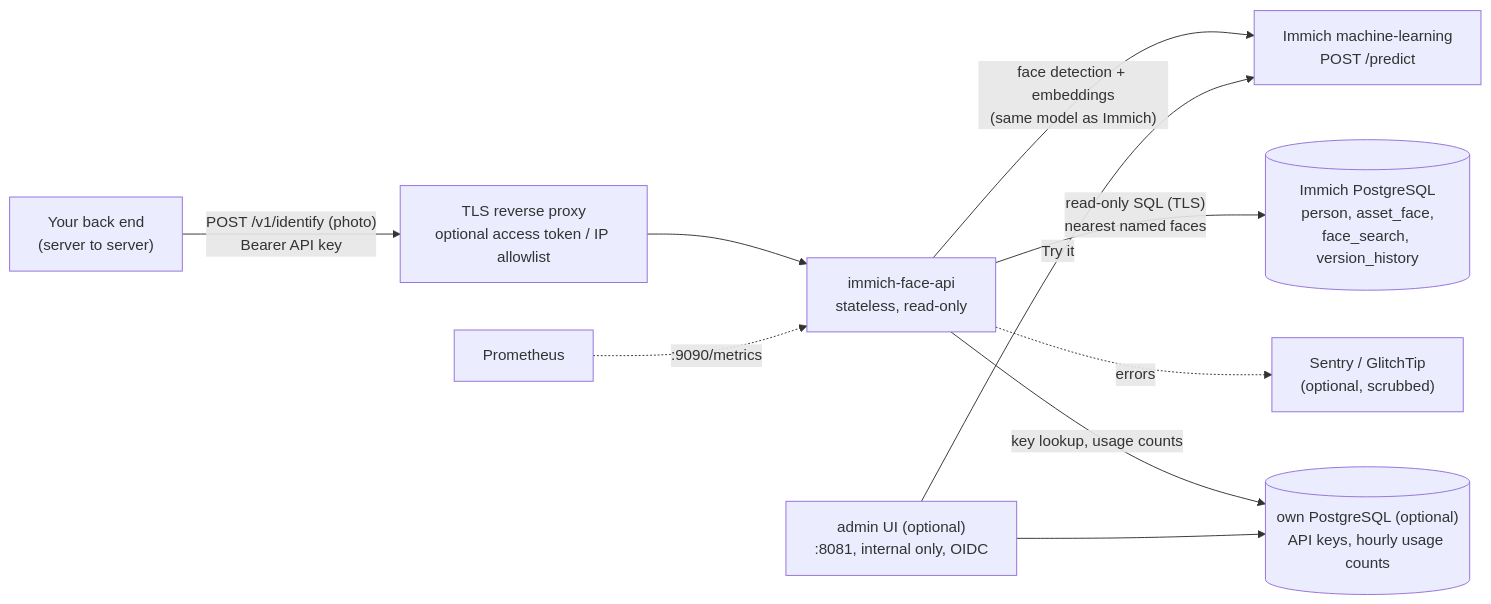
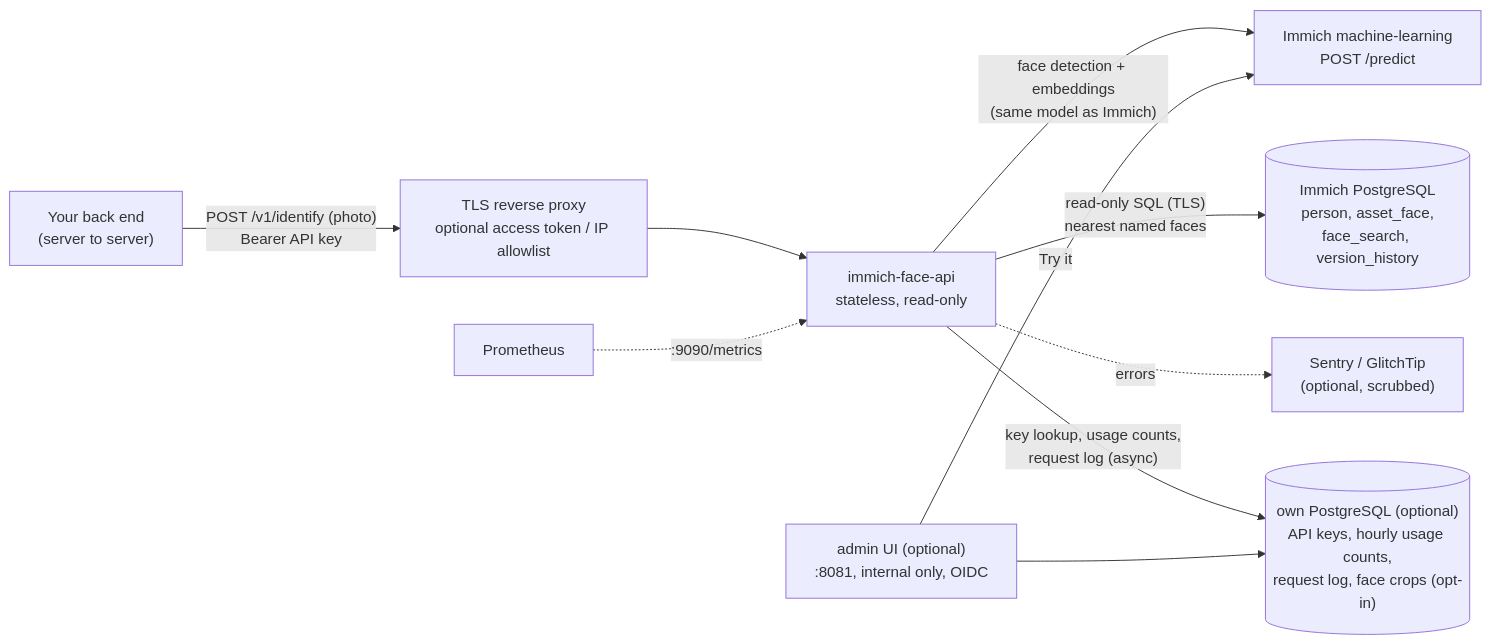
One commit to alee-ibrahim/immich-face-api changed the diagram in README.md. Above: the diagram before and after it, drawn with Mermaid. The commit also changed other lines of this file and 26 other files, not shown here.

First line of the commit message:
Request log and missed faces for curators (opt-in face crops) (#11)

````diff
--- a/README.md
+++ b/README.md
@@ -33,21 +34,21 @@
 ```mermaid
 flowchart LR
     client["Your back end<br/>(server to server)"]
     proxy["TLS reverse proxy<br/>optional access token / IP allowlist"]
     api["immich-face-api<br/>stateless, read-only"]
     ml["Immich machine-learning<br/>POST /predict"]
     db[("Immich PostgreSQL<br/>person, asset_face,<br/>face_search, version_history")]
     prom["Prometheus"]
     sentry["Sentry / GlitchTip<br/>(optional, scrubbed)"]
 
     client -- "POST /v1/identify (photo)<br/>Bearer API key" --> proxy --> api
     api -- "face detection + embeddings<br/>(same model as Immich)" --> ml
     api -- "read-only SQL (TLS)<br/>nearest named faces" --> db
     prom -. ":9090/metrics" .-> api
     api -. errors .-> sentry
     admin["admin UI (optional)<br/>:8081, internal only, OIDC"]
-    store[("own PostgreSQL (optional)<br/>API keys, hourly usage counts")]
-    api -- "key lookup, usage counts" --> store
+    store[("own PostgreSQL (optional)<br/>API keys, hourly usage counts,<br/>request log, face crops (opt-in)")]
+    api -- "key lookup, usage counts,<br/>request log (async)" --> store
     admin --> store
     admin -- "Try it" --> ml
 ```
````
